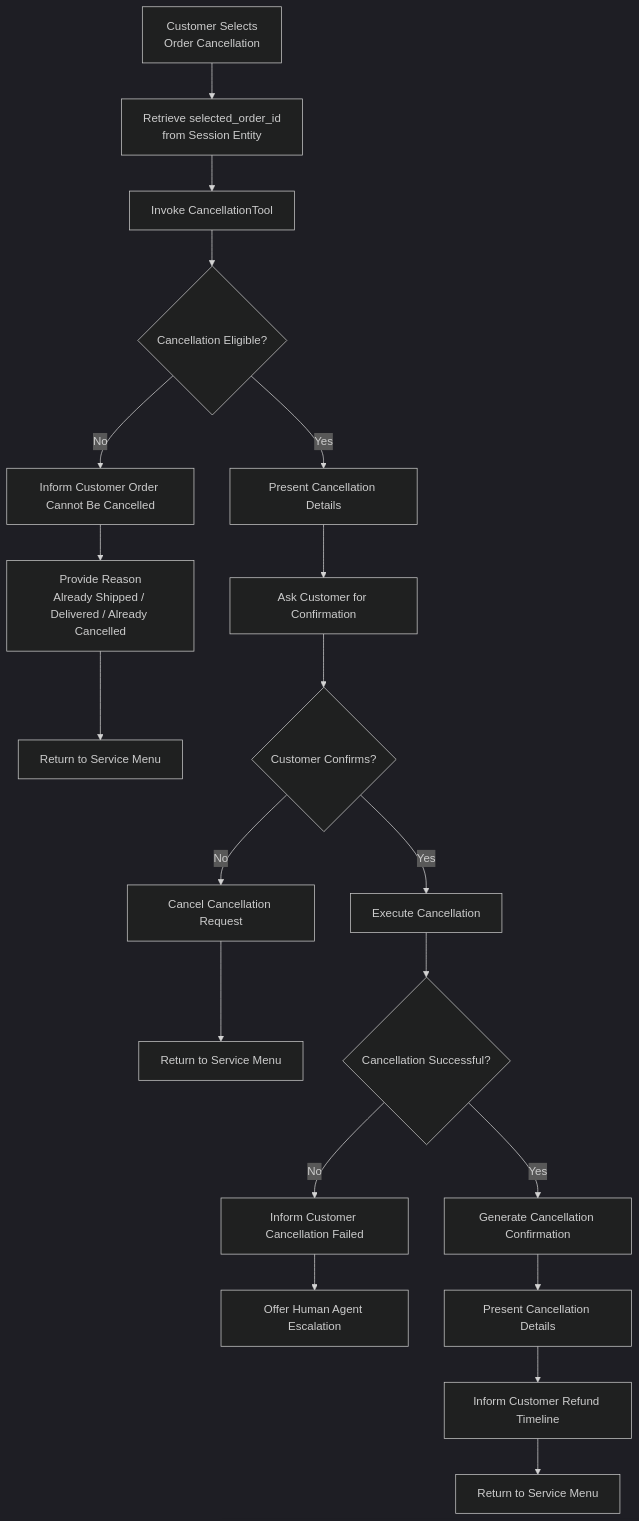
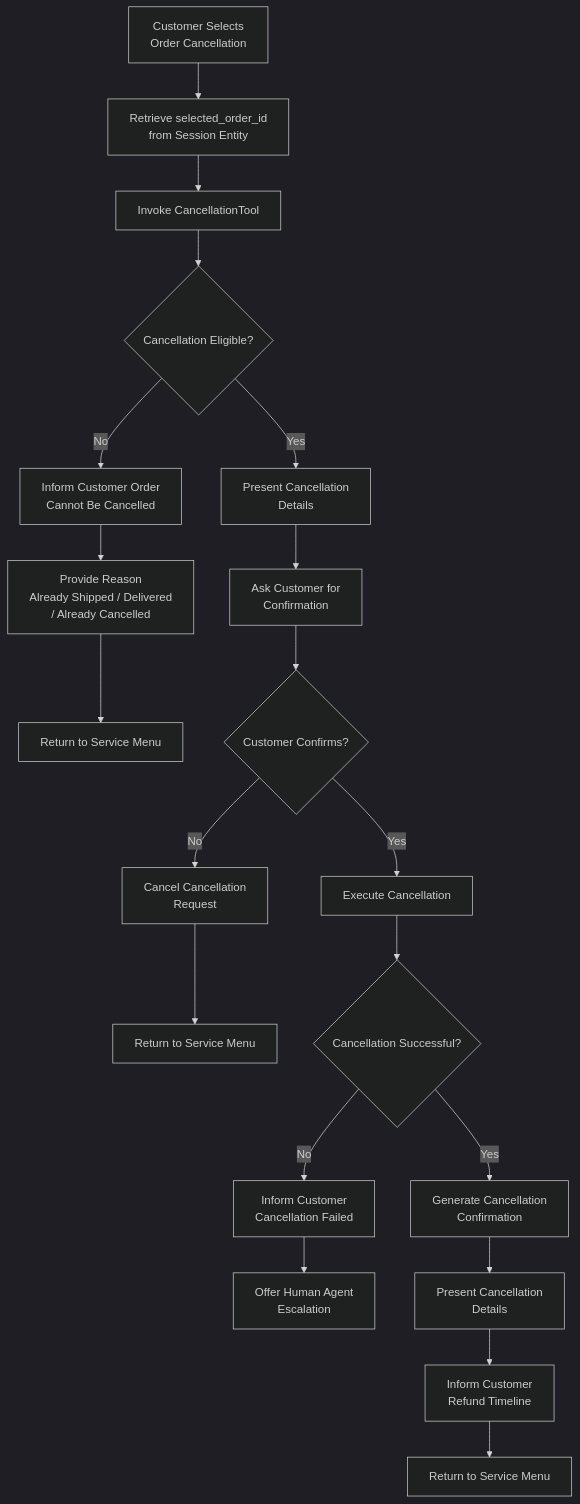
One commit to anshikasaini12/retail-cx-voice-agent-gcp changed the sixth of 6 diagrams in docs/02_conversational_architecture.md. Above: the diagram before and after it, drawn with Mermaid (dark theme). The commit also changed other lines of this file, not shown here.

````diff
--- a/docs/02_conversational_architecture.md
+++ b/docs/02_conversational_architecture.md
@@ -376,43 +333,43 @@
 ```mermaid
 flowchart TD
 
 A[Customer Selects<br/>Order Cancellation]
 
 --> B[Retrieve selected_order_id<br/>from Session Entity]
 
 --> C[Invoke CancellationTool]
 
 --> D{Cancellation Eligible?}
 
-D -- No --> E[Inform Customer Order Cannot Be Cancelled]
+D -- No --> E[Inform Customer Order <br/>Cannot Be Cancelled]
 
-E --> F[Provide Reason<br/>Already Shipped / Delivered / Already Cancelled]
+E --> F[Provide Reason<br/>Already Shipped / Delivered <br/> / Already Cancelled]
 
 F --> G[Return to Service Menu]
 
-D -- Yes --> H[Present Cancellation Details]
+D -- Yes --> H[Present Cancellation <br/> Details]
 
-H --> I[Ask Customer for Confirmation]
+H --> I[Ask Customer for <br/> Confirmation]
 
 I --> J{Customer Confirms?}
 
-J -- No --> K[Cancel Cancellation Request]
+J -- No --> K[Cancel Cancellation <br/> Request]
 
 K --> L[Return to Service Menu]
 
 J -- Yes --> M[Execute Cancellation]
 
 M --> N{Cancellation Successful?}
 
-N -- No --> O[Inform Customer Cancellation Failed]
+N -- No --> O[Inform Customer <br/> Cancellation Failed]
 
-O --> P[Offer Human Agent Escalation]
+O --> P[Offer Human Agent <br/> Escalation]
 
-N -- Yes --> Q[Generate Cancellation Confirmation]
+N -- Yes --> Q[Generate Cancellation <br/> Confirmation]
 
-Q --> R[Present Cancellation Details]
+Q --> R[Present Cancellation <br/>Details]
 
-R --> S[Inform Customer Refund Timeline]
+R --> S[Inform Customer <br/> Refund Timeline]
 
 S --> T[Return to Service Menu]
 ```
````
